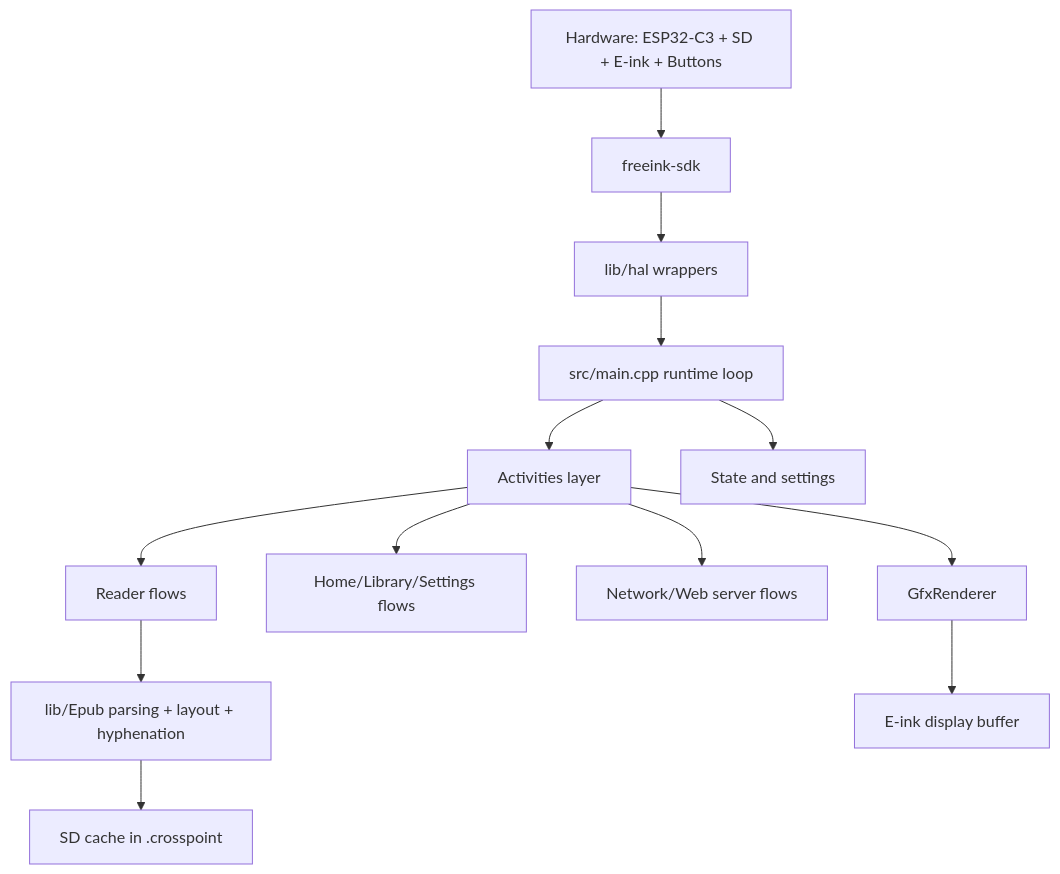
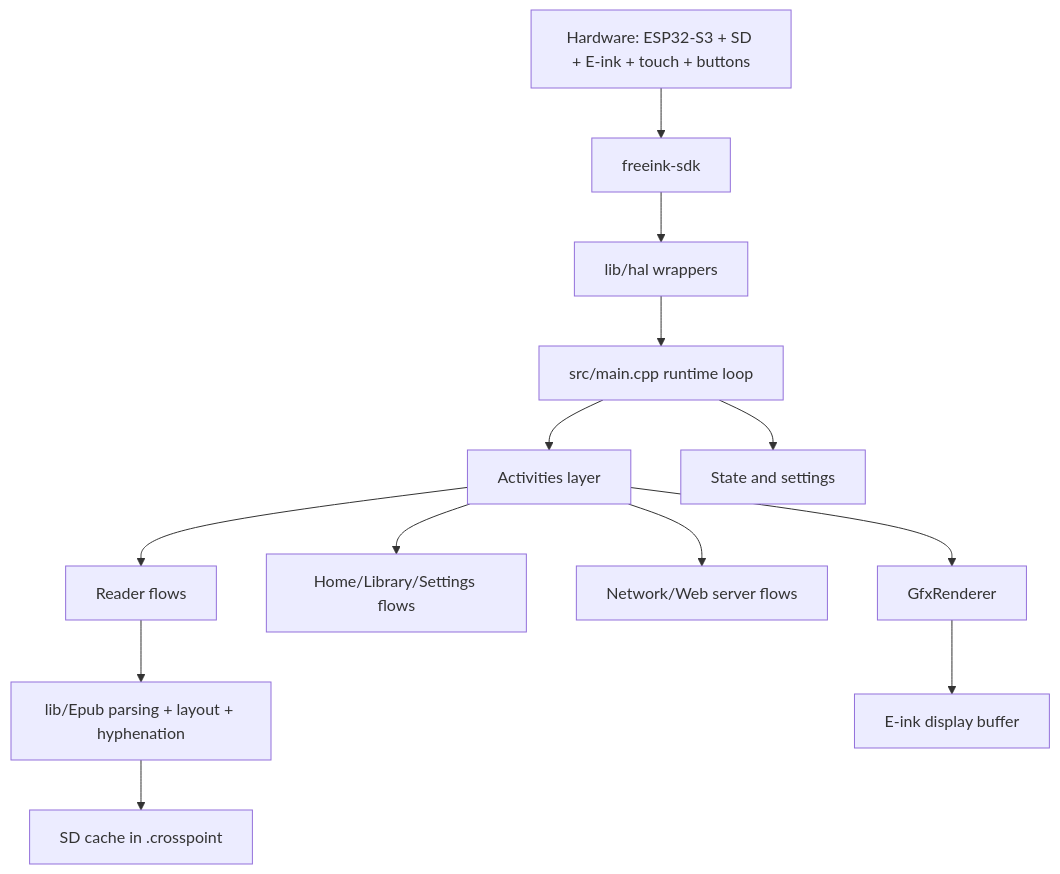
Before and after one commit to claritise/lexipoint: the first of 4 diagrams in firmware/docs/contributing/architecture.md, drawn with Mermaid. The commit also changed other lines of this file and 435 other files, not shown here.

````diff
--- a/firmware/docs/contributing/architecture.md
+++ b/firmware/docs/contributing/architecture.md
@@ -9,15 +9,15 @@
 ```mermaid
 graph TD
-    A[Hardware: ESP32-C3 + SD + E-ink + Buttons] --> B[freeink-sdk]
+    A[Hardware: ESP32-S3 + SD + E-ink + touch + buttons] --> B[freeink-sdk]
     B --> C[lib/hal wrappers]
     C --> D[src/main.cpp runtime loop]
     D --> E[Activities layer]
     D --> F[State and settings]
     E --> G[Reader flows]
     E --> H[Home/Library/Settings flows]
     E --> I[Network/Web server flows]
     G --> J[lib/Epub parsing + layout + hyphenation]
     J --> K[SD cache in .crosspoint]
     E --> L[GfxRenderer]
     L --> M[E-ink display buffer]
 ```
````
